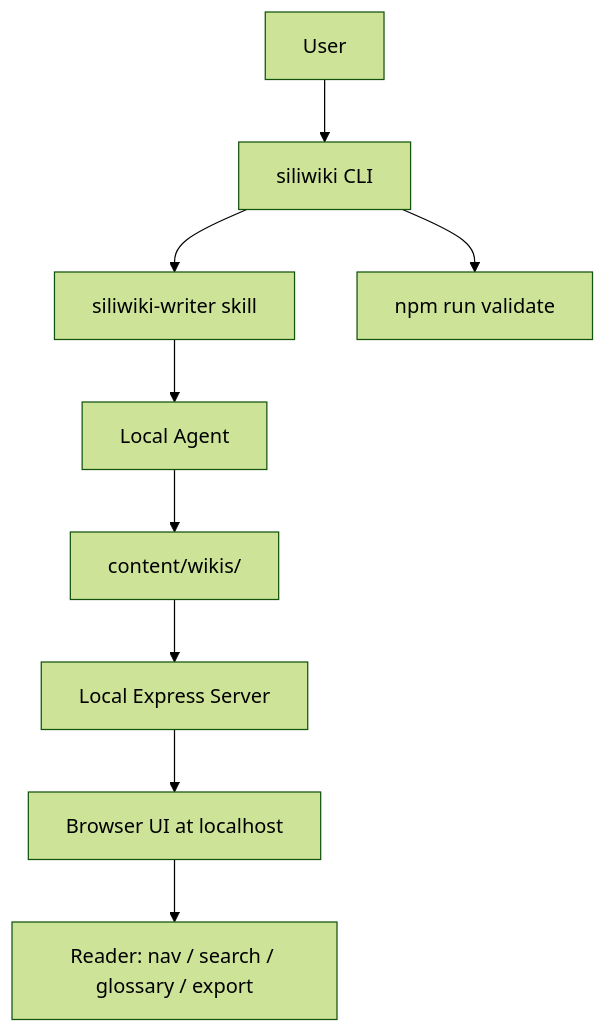
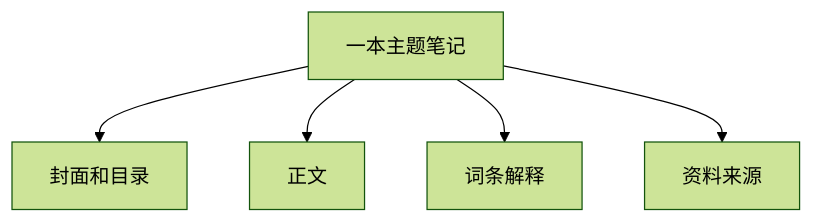
One commit to Yvnminc/SiliWiki changed the second of 2 diagrams in docs/USAGE_ZH.md. Above: the diagram before and after it, drawn with Mermaid (forest theme). The commit also changed other lines of this file and 11 other files, not shown here.

Commit message:
fix: render NTU-style SiliWiki diagrams

````diff
--- a/docs/USAGE_ZH.md
+++ b/docs/USAGE_ZH.md
@@ -90,11 +57,7 @@
 ```mermaid
 flowchart TD
-    User["User"] --> CLI["siliwiki CLI"]
-    CLI --> Skill["siliwiki-writer skill"]
-    Skill --> Agent["Local Agent"]
-    Agent --> Pack["content/wikis/<slug>"]
-    CLI --> Validator["npm run validate"]
-    Pack --> Server["Local Express Server"]
-    Server --> UI["Browser UI at localhost"]
-    UI --> Reader["Reader: nav / search / glossary / export"]
+    A["一本主题笔记"] --> B["封面和目录"]
+    A --> C["正文"]
+    A --> D["词条解释"]
+    A --> E["资料来源"]
 ```
````
